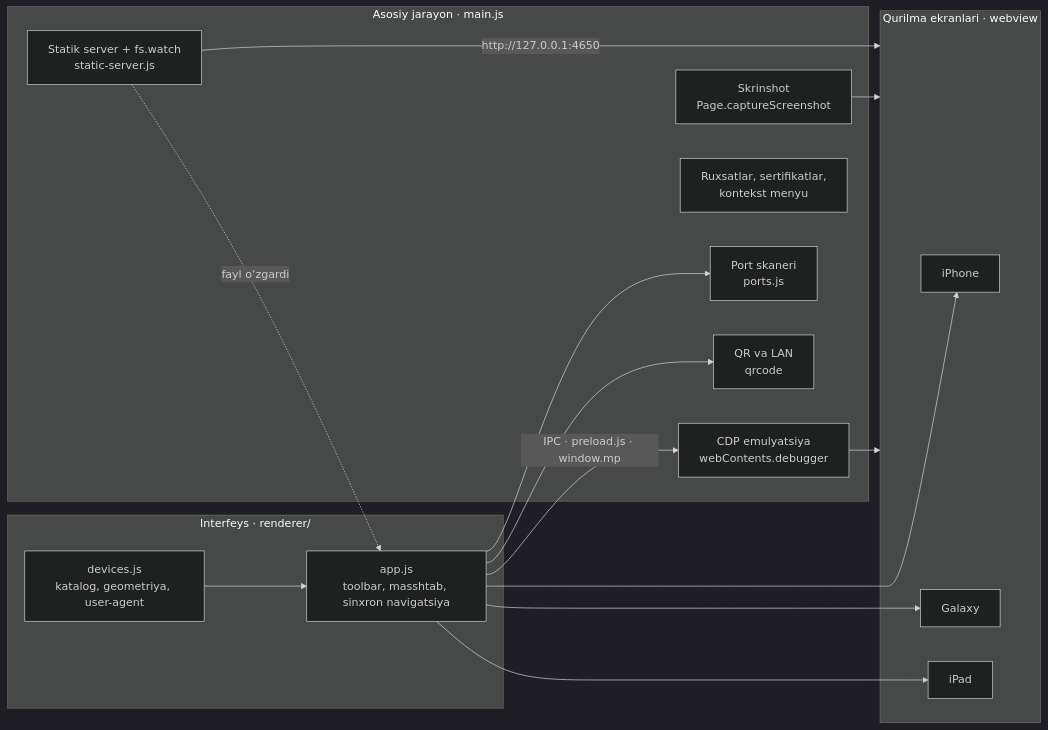
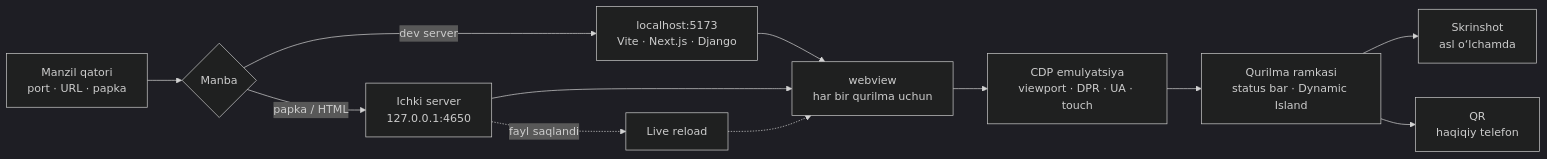
One commit to ismoillooff/Mobile-Preview changed the diagram in README.md. Above: the diagram before and after it, drawn with Mermaid (dark theme).

Commit message:
Simplify architecture diagram for readability

````diff
--- a/README.md
+++ b/README.md
@@ -248,31 +248,14 @@
 ```mermaid
 flowchart LR
-    subgraph Main["Asosiy jarayon · main.js"]
-        CDP["CDP emulyatsiya<br/>webContents.debugger"]
-        SHOT["Skrinshot<br/>Page.captureScreenshot"]
-        PERM["Ruxsatlar, sertifikatlar,<br/>kontekst menyu"]
-        SRV["Statik server + fs.watch<br/>static-server.js"]
-        SCAN["Port skaneri<br/>ports.js"]
-        QR["QR va LAN<br/>qrcode"]
-    end
-    subgraph UI["Interfeys · renderer/"]
-        APP["app.js<br/>toolbar, masshtab, sinxron navigatsiya"]
-        DEVS["devices.js<br/>katalog, geometriya, user-agent"]
-    end
-    subgraph Screens["Qurilma ekranlari · webview"]
-        W1["iPhone"]
-        W2["Galaxy"]
-        W3["iPad"]
-    end
-    APP -->|"IPC · preload.js · window.mp"| CDP
-    APP --> SCAN
-    APP --> QR
-    APP --> W1
-    APP --> W2
-    APP --> W3
-    CDP --> Screens
-    SHOT --> Screens
-    SRV -->|"http://127.0.0.1:4650"| Screens
-    SRV -.->|"fayl o‘zgardi"| APP
-    DEVS --> APP
+    A["Manzil qatori<br/>port · URL · papka"] --> B{"Manba"}
+    B -->|"dev server"| C["localhost:5173<br/>Vite · Next.js · Django"]
+    B -->|"papka / HTML"| D["Ichki server<br/>127.0.0.1:4650"]
+    C --> E["webview<br/>har bir qurilma uchun"]
+    D --> E
+    E --> F["CDP emulyatsiya<br/>viewport · DPR · UA · touch"]
+    F --> G["Qurilma ramkasi<br/>status bar · Dynamic Island"]
+    D -.->|"fayl saqlandi"| H["Live reload"]
+    H -.-> E
+    G --> I["Skrinshot<br/>asl o‘lchamda"]
+    G --> J["QR<br/>haqiqiy telefon"]
 ```
````
